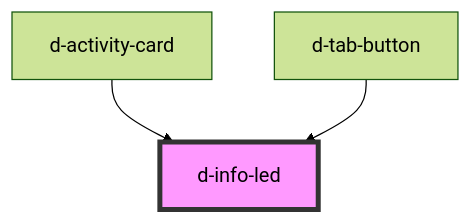
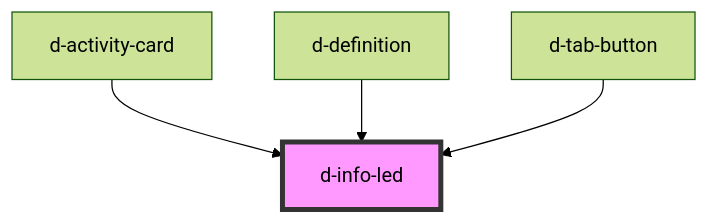
Before and after one commit to ForkbombEu/didroom-components: the diagram in src/components/info-led/readme.md, drawn with Mermaid (forest theme). The commit also changed other lines of this file and 20 other files, not shown here.

````diff
--- a/src/components/info-led/readme.md
+++ b/src/components/info-led/readme.md
@@ -23,6 +24,7 @@
 ```mermaid
 graph TD;
   d-activity-card --> d-info-led
+  d-definition --> d-info-led
   d-tab-button --> d-info-led
   style d-info-led fill:#f9f,stroke:#333,stroke-width:4px
 ```
````
